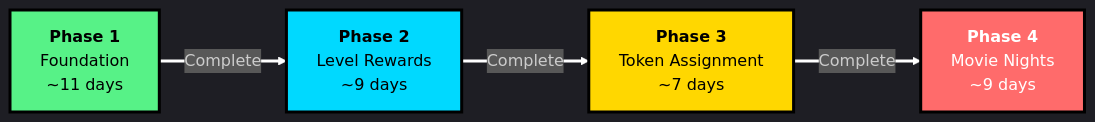
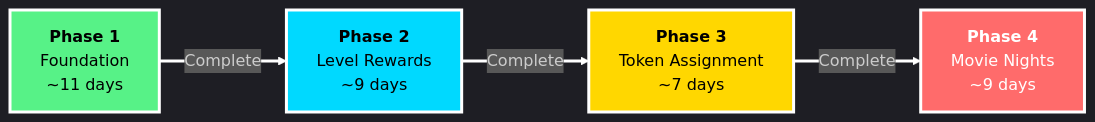
Before and after one commit to watchthelight/pawtech-v2: the seventh of 8 diagrams in docs/roadmap/ROLE_AUTOMATION_PLAN.md, drawn with Mermaid. The commit also changed other lines of this file, not shown here.

````diff
--- a/docs/roadmap/ROLE_AUTOMATION_PLAN.md
+++ b/docs/roadmap/ROLE_AUTOMATION_PLAN.md
@@ -746,19 +746,19 @@
 ```mermaid
 %%{init: {'theme':'dark', 'themeVariables': { 'fontSize':'16px'}}}%%
 flowchart LR
     P1["<b>Phase 1</b><br/>Foundation<br/>~11 days"]
     P2["<b>Phase 2</b><br/>Level Rewards<br/>~9 days"]
     P3["<b>Phase 3</b><br/>Token Assignment<br/>~7 days"]
     P4["<b>Phase 4</b><br/>Movie Nights<br/>~9 days"]
 
     P1 -->|"Complete"| P2
     P2 -->|"Complete"| P3
     P3 -->|"Complete"| P4
 
-    style P1 fill:#57F287,stroke:#000,stroke-width:3px,color:#000
-    style P2 fill:#00D9FF,stroke:#000,stroke-width:3px,color:#000
-    style P3 fill:#FFD700,stroke:#000,stroke-width:3px,color:#000
-    style P4 fill:#FF6B6B,stroke:#000,stroke-width:3px,color:#fff
+    style P1 fill:#57F287,stroke:#fff,stroke-width:3px,color:#000
+    style P2 fill:#00D9FF,stroke:#fff,stroke-width:3px,color:#000
+    style P3 fill:#FFD700,stroke:#fff,stroke-width:3px,color:#000
+    style P4 fill:#FF6B6B,stroke:#fff,stroke-width:3px,color:#fff
 
     linkStyle default stroke:#fff,stroke-width:3px
 ```
````
